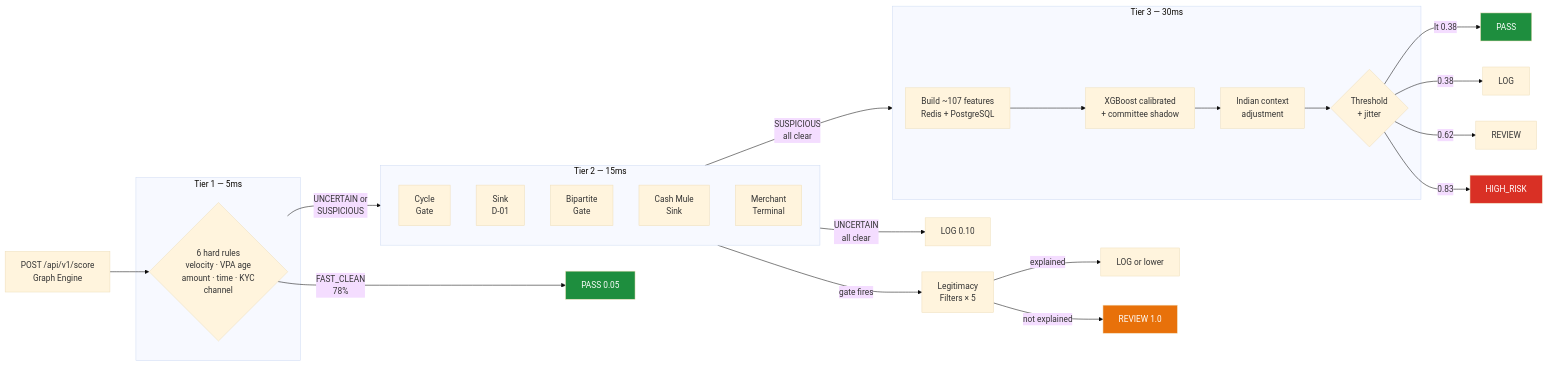
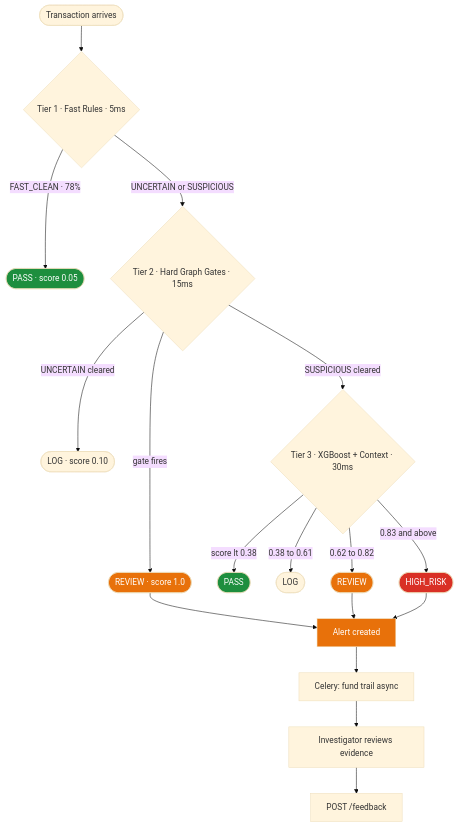
One commit to abhinav-mittal33/bling-blue-team changed the first of 4 diagrams in README.md. Above: the diagram before and after it, drawn with Mermaid (base theme). The commit also changed other lines of this file, not shown here.

First line of the commit message:
docs: simplify README diagrams — 4 clean focused flowcharts, fixed linear flow

````diff
--- a/README.md
+++ b/README.md
@@ -105,44 +31,31 @@
 ```mermaid
-flowchart LR
-    A[POST /api/v1/score\nGraph Engine] --> B
+flowchart TD
+    A([Transaction arrives]) --> B
 
-    subgraph T1["Tier 1 — 5ms"]
-        B{6 hard rules\nvelocity · VPA age\namount · time · KYC\nchannel}
-    end
+    B{Tier 1 · Fast Rules · 5ms}
+    B -->|FAST_CLEAN · 78%| P1([PASS · score 0.05])
+    B -->|UNCERTAIN or SUSPICIOUS| C
 
-    B -->|FAST_CLEAN\n78%| P[PASS 0.05]
-    B -->|UNCERTAIN or\nSUSPICIOUS| T2
+    C{Tier 2 · Hard Graph Gates · 15ms}
+    C -->|gate fires| R1([REVIEW · score 1.0])
+    C -->|UNCERTAIN cleared| L1([LOG · score 0.10])
+    C -->|SUSPICIOUS cleared| D
 
-    subgraph T2["Tier 2 — 15ms"]
-        C[Cycle\nGate]
-        D[Sink\nD-01]
-        E[Bipartite\nGate]
-        F[Cash Mule\nSink]
-        G[Merchant\nTerminal]
-    end
+    D{Tier 3 · XGBoost + Context · 30ms}
+    D -->|score lt 0.38| P2([PASS])
+    D -->|0.38 to 0.61| L2([LOG])
+    D -->|0.62 to 0.82| R2([REVIEW])
+    D -->|0.83 and above| HR([HIGH_RISK])
 
-    T2 -->|gate fires| LF[Legitimacy\nFilters × 5]
-    LF -->|explained| LOG1[LOG or lower]
-    LF -->|not explained| R1[REVIEW 1.0]
+    R1 & R2 & HR --> AL[Alert created]
+    AL --> TR[Celery: fund trail async]
+    TR --> INV[Investigator reviews evidence]
+    INV --> FB[POST /feedback]
 
-    T2 -->|UNCERTAIN\nall clear| LOG2[LOG 0.10]
-    T2 -->|SUSPICIOUS\nall clear| T3
-
-    subgraph T3["Tier 3 — 30ms"]
-        H[Build ~107 features\nRedis + PostgreSQL]
-        I[XGBoost calibrated\n+ committee shadow]
-        J[Indian context\nadjustment]
-        K{Threshold\n+ jitter}
-    end
-
-    H --> I --> J --> K
-    K -->|lt 0.38| PASS2[PASS]
-    K -->|0.38| LOG3[LOG]
-    K -->|0.62| REV2[REVIEW]
-    K -->|0.83| HR[HIGH_RISK]
-
+    style P1 fill:#1e8e3e,color:#fff
+    style P2 fill:#1e8e3e,color:#fff
     style HR fill:#d93025,color:#fff
     style R1 fill:#e8710a,color:#fff
-    style P fill:#1e8e3e,color:#fff
-    style PASS2 fill:#1e8e3e,color:#fff
+    style R2 fill:#e8710a,color:#fff
+    style AL fill:#e8710a,color:#fff
 ```
````
